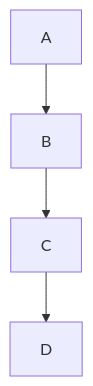
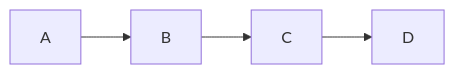
Before and after one commit to ICR-SC/good-practice: the fourth of 4 diagrams in docs/examples/streamlit1.md, drawn with Mermaid. The commit also changed other lines of this file, not shown here.

````diff
--- a/docs/examples/streamlit1.md
+++ b/docs/examples/streamlit1.md
@@ -176,10 +187,10 @@
 ``` mermaid
-flowchart
+flowchart LR
     A-->B
     B-->C
     C-->D
     click A callback "Tooltip for a callback"
     click B "https://www.github.com" "This is a tooltip for a link"
     click C call callback() "Tooltip for a callback"
     click D href "https://www.github.com" "This is a tooltip for a link"
 ```
````
